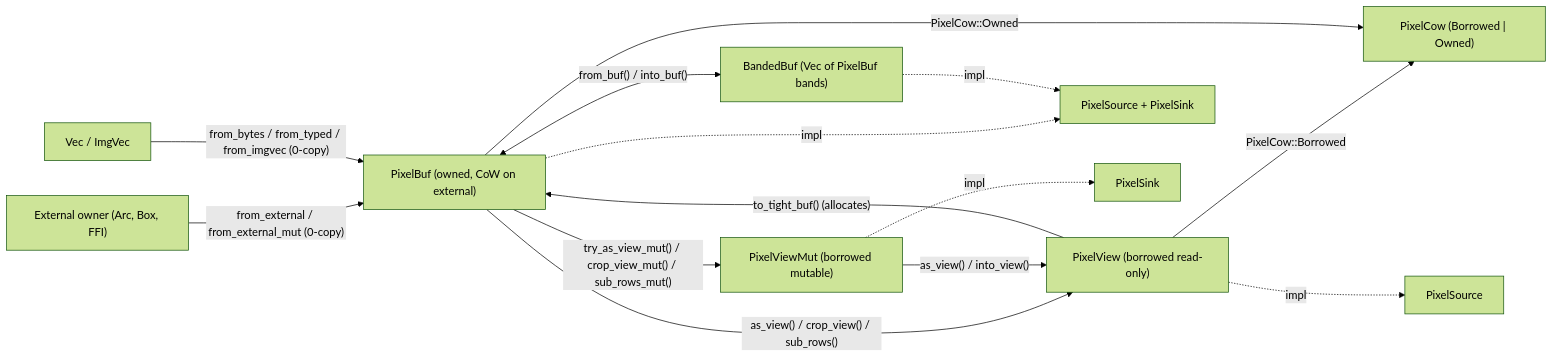
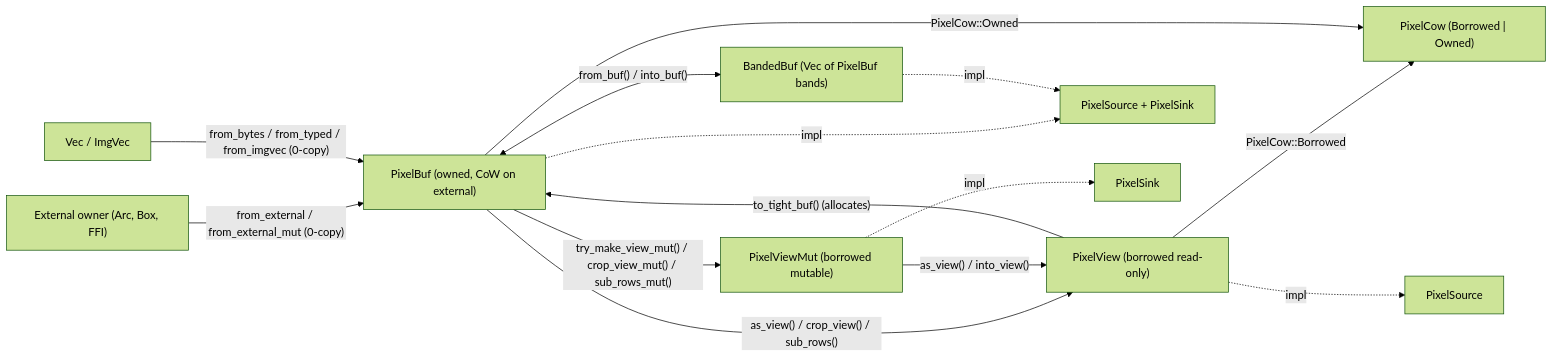
Before and after one commit to imazen/zenpixels: the third of 4 diagrams in docs/types-and-relationships.md, drawn with Mermaid (forest theme). The commit also changed other lines of this file and 69 other files, not shown here.

````diff
--- a/docs/types-and-relationships.md
+++ b/docs/types-and-relationships.md
@@ -296,24 +296,24 @@
 ```mermaid
 flowchart LR
     EXT["External owner (Arc, Box, FFI)"] -->|"from_external / from_external_mut (0-copy)"| PB
     VEC["Vec / ImgVec"] -->|"from_bytes / from_typed / from_imgvec (0-copy)"| PB
 
     PB["PixelBuf (owned, CoW on external)"]
     PV["PixelView (borrowed read-only)"]
     PVM["PixelViewMut (borrowed mutable)"]
     PCOW["PixelCow (Borrowed | Owned)"]
     BB["BandedBuf (Vec of PixelBuf bands)"]
 
     PB -->|"as_view() / crop_view() / sub_rows()"| PV
-    PB -->|"try_as_view_mut() / crop_view_mut() / sub_rows_mut()"| PVM
+    PB -->|"try_make_view_mut() / crop_view_mut() / sub_rows_mut()"| PVM
     PVM -->|"as_view() / into_view()"| PV
     PV -->|"to_tight_buf() (allocates)"| PB
     PV -->|"PixelCow::Borrowed"| PCOW
     PB -->|"PixelCow::Owned"| PCOW
     PB <-->|"from_buf() / into_buf()"| BB
 
     PB -. "impl" .-> SRC["PixelSource + PixelSink"]
     PV -. "impl" .-> SRC2["PixelSource"]
     PVM -. "impl" .-> SINK["PixelSink"]
     BB -. "impl" .-> SRC
 ```
````
